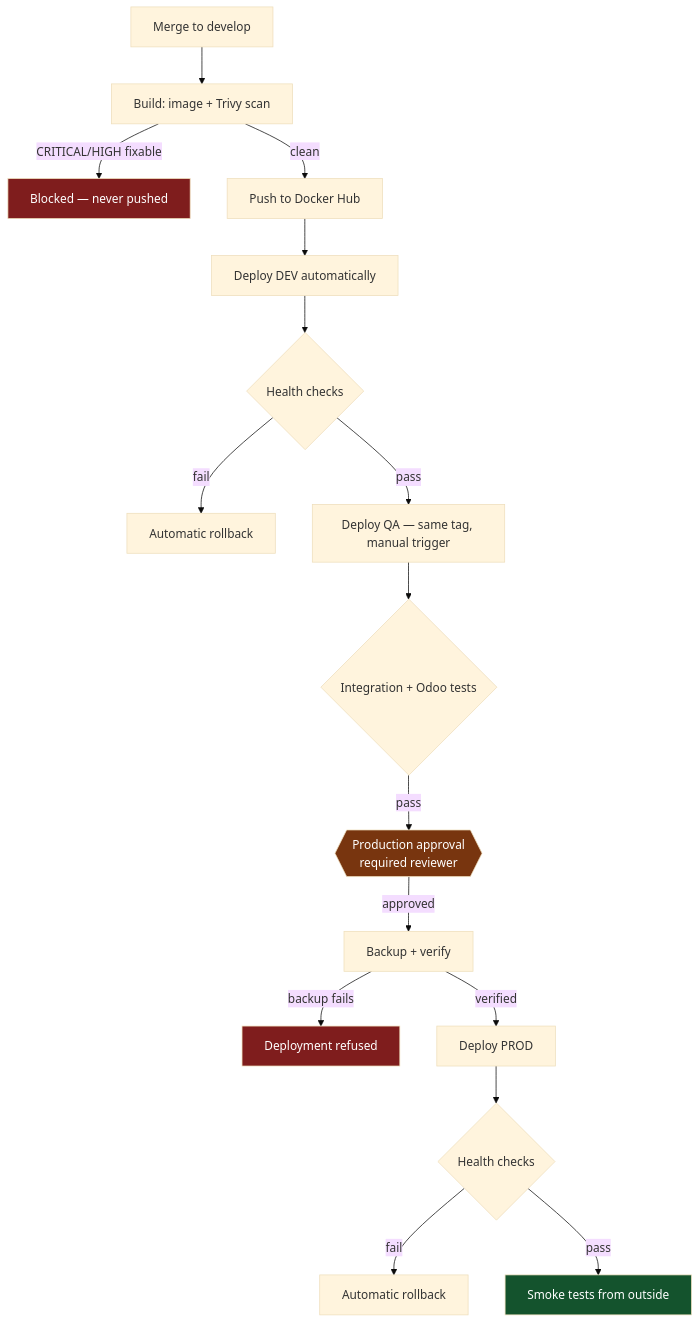
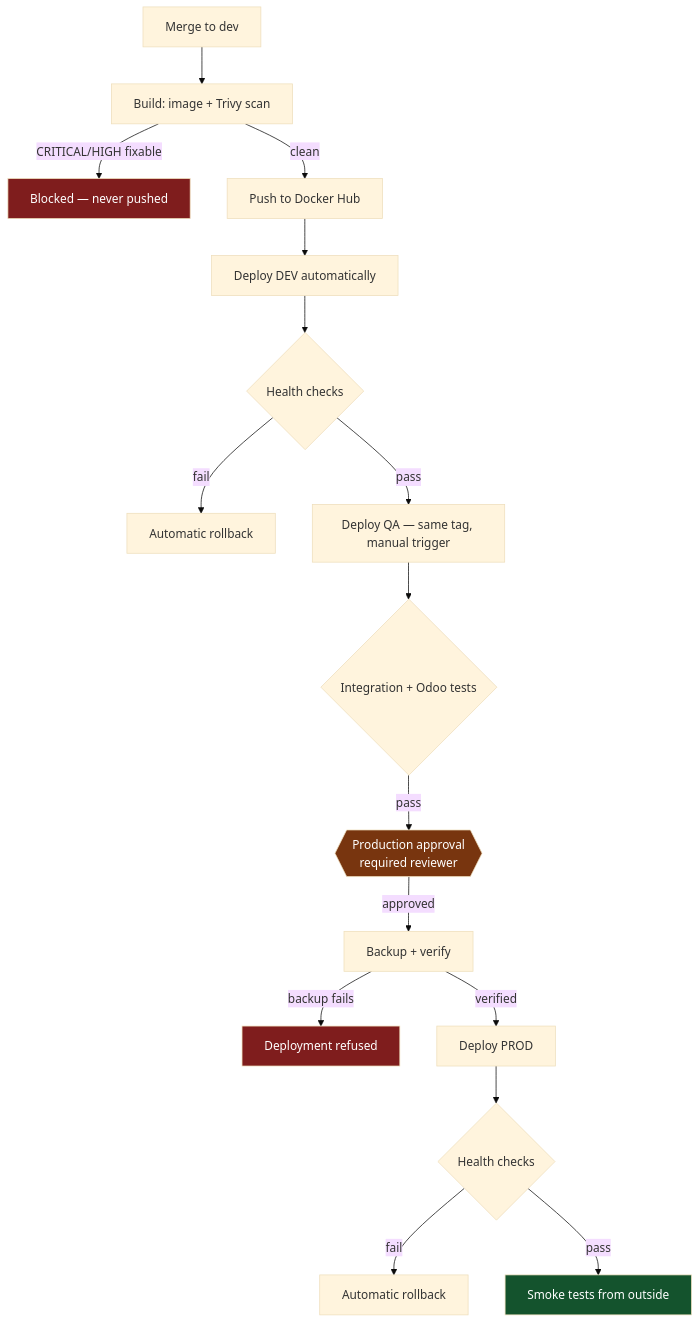
The third of 4 diagrams in README.md (rthway/odoo-platform), drawn with Mermaid (base theme) before and after one commit. The commit also changed other lines of this file and 11 other files, not shown here.

````diff
--- a/README.md
+++ b/README.md
@@ -178,23 +178,23 @@
 ```mermaid
 flowchart TD
-    A[Merge to develop] --> B[Build: image + Trivy scan]
+    A[Merge to dev] --> B[Build: image + Trivy scan]
     B -->|CRITICAL/HIGH fixable| FAIL[Blocked — never pushed]
     B -->|clean| C[Push to Docker Hub]
     C --> D[Deploy DEV automatically]
     D --> E{Health checks}
     E -->|fail| RB1[Automatic rollback]
     E -->|pass| F[Deploy QA — same tag, manual trigger]
     F --> G{Integration + Odoo tests}
     G -->|pass| H{{Production approval<br/>required reviewer}}
     H -->|approved| I[Backup + verify]
     I -->|backup fails| STOP[Deployment refused]
     I -->|verified| J[Deploy PROD]
     J --> K{Health checks}
     K -->|fail| RB2[Automatic rollback]
     K -->|pass| L[Smoke tests from outside]
 
     style FAIL fill:#7f1d1d,color:#fff
     style STOP fill:#7f1d1d,color:#fff
     style H fill:#78350f,color:#fff
     style L fill:#14532d,color:#fff
 ```
````
